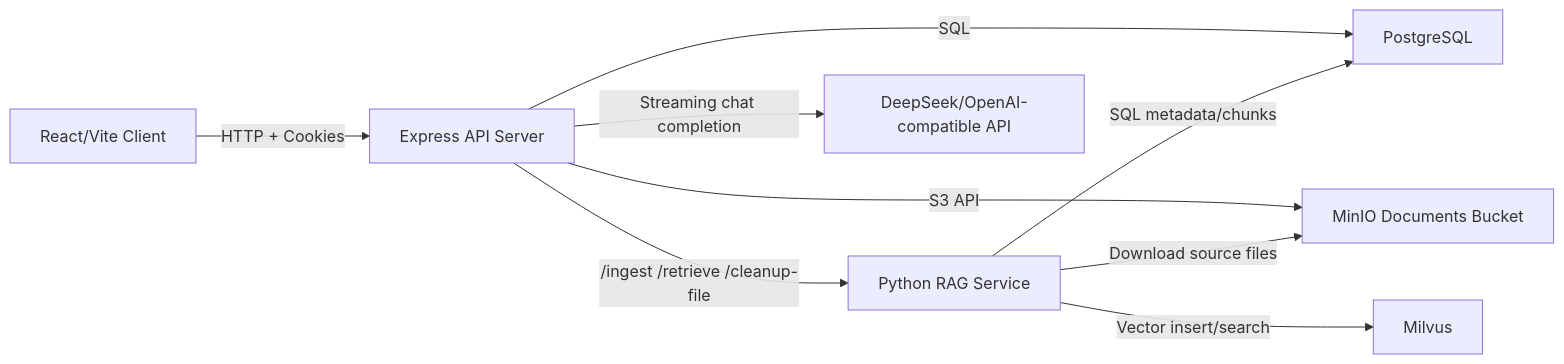
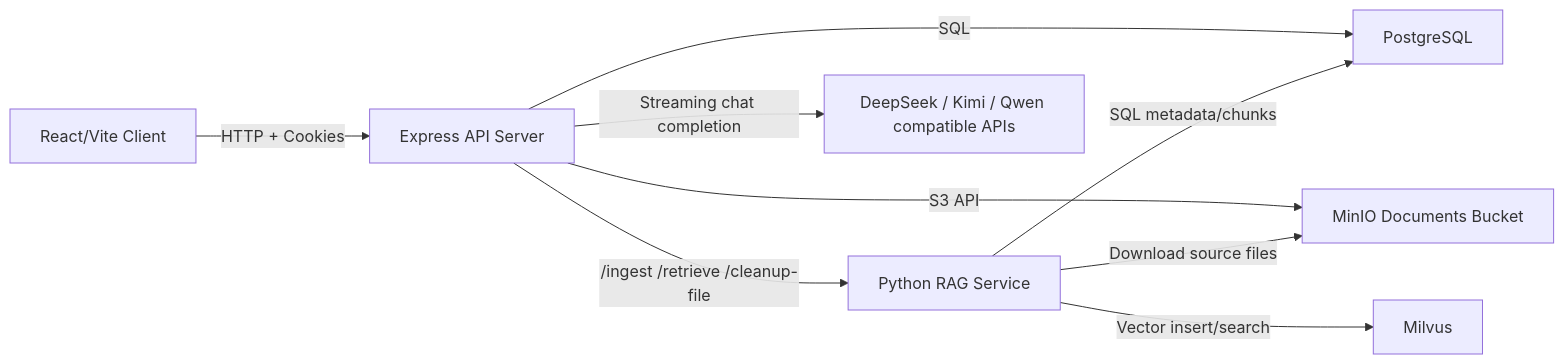
One commit to ShuaiFu29/chatLLM changed the diagram in README.MD. Above: the diagram before and after it, drawn with Mermaid. The commit also changed other lines of this file and 64 other files, not shown here.

````diff
--- a/README.MD
+++ b/README.MD
@@ -16,11 +16,11 @@
 ```mermaid
 flowchart LR
   Client["React/Vite Client"] -->|HTTP + Cookies| Server["Express API Server"]
   Server -->|SQL| Postgres["PostgreSQL"]
   Server -->|S3 API| MinIO["MinIO Documents Bucket"]
   Server -->|/ingest /retrieve /cleanup-file| Rag["Python RAG Service"]
   Rag -->|SQL metadata/chunks| Postgres
   Rag -->|Download source files| MinIO
   Rag -->|Vector insert/search| Milvus["Milvus"]
-  Server -->|Streaming chat completion| LLM["DeepSeek/OpenAI-compatible API"]
+  Server -->|Streaming chat completion| LLM["DeepSeek / Kimi / Qwen compatible APIs"]
 ```
````
